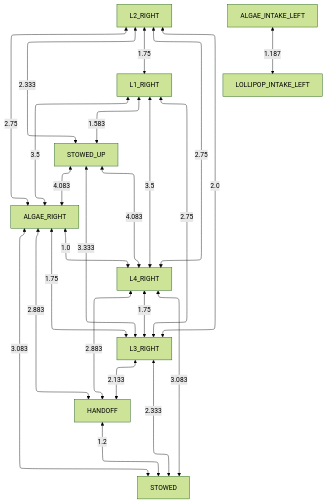
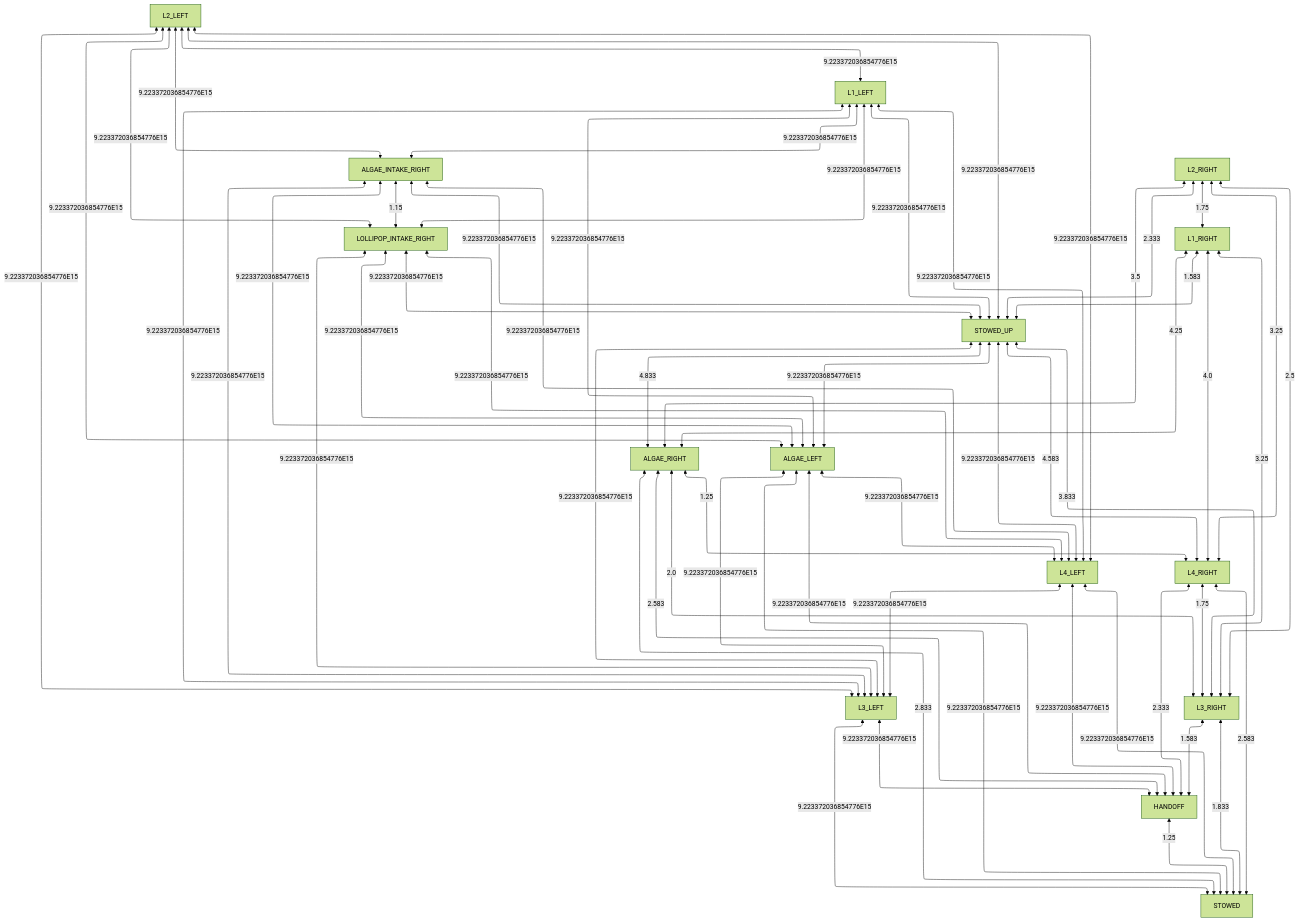
The diagram in docs/collision_avoidance/left_obstructed.md (team581/offseason-2025-comp), drawn with Mermaid (forest theme) before and after one commit. The commit also changed 6 other files, not shown here.

````diff
--- a/docs/collision_avoidance/left_obstructed.md
+++ b/docs/collision_avoidance/left_obstructed.md
@@ -3,28 +3,61 @@
 ```mermaid
 %%{ init: { "flowchart": { "defaultRenderer": "elk" } } }%%
 graph TD
 
-HANDOFF <-- 1.2 --> STOWED
-L3_RIGHT <-- 2.333 --> STOWED
-L4_RIGHT <-- 3.083 --> STOWED
-ALGAE_RIGHT <-- 3.083 --> STOWED
-L3_RIGHT <-- 2.133 --> HANDOFF
-L4_RIGHT <-- 2.883 --> HANDOFF
-ALGAE_RIGHT <-- 2.883 --> HANDOFF
-STOWED_UP <-- 3.333 --> L3_RIGHT
-L1_RIGHT <-- 2.75 --> L3_RIGHT
-L2_RIGHT <-- 2.0 --> L3_RIGHT
+HANDOFF <-- 1.25 --> STOWED
+L3_LEFT <-- 9.223372036854776E15 --> STOWED
+L3_RIGHT <-- 1.833 --> STOWED
+L4_LEFT <-- 9.223372036854776E15 --> STOWED
+L4_RIGHT <-- 2.583 --> STOWED
+ALGAE_RIGHT <-- 2.833 --> STOWED
+ALGAE_LEFT <-- 9.223372036854776E15 --> STOWED
+L3_LEFT <-- 9.223372036854776E15 --> HANDOFF
+L3_RIGHT <-- 1.583 --> HANDOFF
+L4_LEFT <-- 9.223372036854776E15 --> HANDOFF
+L4_RIGHT <-- 2.333 --> HANDOFF
+ALGAE_LEFT <-- 9.223372036854776E15 --> HANDOFF
+ALGAE_RIGHT <-- 2.583 --> HANDOFF
+STOWED_UP <-- 9.223372036854776E15 --> L3_LEFT
+ALGAE_INTAKE_RIGHT <-- 9.223372036854776E15 --> L3_LEFT
+LOLLIPOP_INTAKE_RIGHT <-- 9.223372036854776E15 --> L3_LEFT
+L1_LEFT <-- 9.223372036854776E15 --> L3_LEFT
+L2_LEFT <-- 9.223372036854776E15 --> L3_LEFT
+L4_LEFT <-- 9.223372036854776E15 --> L3_LEFT
+ALGAE_LEFT <-- 9.223372036854776E15 --> L3_LEFT
+STOWED_UP <-- 3.833 --> L3_RIGHT
+L1_RIGHT <-- 3.25 --> L3_RIGHT
+L2_RIGHT <-- 2.5 --> L3_RIGHT
 L4_RIGHT <-- 1.75 --> L3_RIGHT
-ALGAE_RIGHT <-- 1.75 --> L3_RIGHT
-STOWED_UP <-- 4.083 --> L4_RIGHT
-L1_RIGHT <-- 3.5 --> L4_RIGHT
-L2_RIGHT <-- 2.75 --> L4_RIGHT
-ALGAE_RIGHT <-- 1.0 --> L4_RIGHT
-STOWED_UP <-- 4.083 --> ALGAE_RIGHT
-L1_RIGHT <-- 3.5 --> ALGAE_RIGHT
-L2_RIGHT <-- 2.75 --> ALGAE_RIGHT
+ALGAE_RIGHT <-- 2.0 --> L3_RIGHT
+STOWED_UP <-- 9.223372036854776E15 --> L4_LEFT
+ALGAE_INTAKE_RIGHT <-- 9.223372036854776E15 --> L4_LEFT
+LOLLIPOP_INTAKE_RIGHT <-- 9.223372036854776E15 --> L4_LEFT
+L1_LEFT <-- 9.223372036854776E15 --> L4_LEFT
+L2_LEFT <-- 9.223372036854776E15 --> L4_LEFT
+ALGAE_LEFT <-- 9.223372036854776E15 --> L4_LEFT
+STOWED_UP <-- 4.583 --> L4_RIGHT
+L1_RIGHT <-- 4.0 --> L4_RIGHT
+L2_RIGHT <-- 3.25 --> L4_RIGHT
+ALGAE_RIGHT <-- 1.25 --> L4_RIGHT
+STOWED_UP <-- 4.833 --> ALGAE_RIGHT
+L1_RIGHT <-- 4.25 --> ALGAE_RIGHT
+L2_RIGHT <-- 3.5 --> ALGAE_RIGHT
+STOWED_UP <-- 9.223372036854776E15 --> ALGAE_LEFT
+ALGAE_INTAKE_RIGHT <-- 9.223372036854776E15 --> ALGAE_LEFT
+LOLLIPOP_INTAKE_RIGHT <-- 9.223372036854776E15 --> ALGAE_LEFT
+L1_LEFT <-- 9.223372036854776E15 --> ALGAE_LEFT
+L2_LEFT <-- 9.223372036854776E15 --> ALGAE_LEFT
+LOLLIPOP_INTAKE_RIGHT <-- 9.223372036854776E15 --> STOWED_UP
+ALGAE_INTAKE_RIGHT <-- 9.223372036854776E15 --> STOWED_UP
+L1_LEFT <-- 9.223372036854776E15 --> STOWED_UP
+L2_LEFT <-- 9.223372036854776E15 --> STOWED_UP
 L1_RIGHT <-- 1.583 --> STOWED_UP
 L2_RIGHT <-- 2.333 --> STOWED_UP
-ALGAE_INTAKE_LEFT <-- 1.187 --> LOLLIPOP_INTAKE_LEFT
+ALGAE_INTAKE_RIGHT <-- 1.15 --> LOLLIPOP_INTAKE_RIGHT
+L1_LEFT <-- 9.223372036854776E15 --> LOLLIPOP_INTAKE_RIGHT
+L2_LEFT <-- 9.223372036854776E15 --> LOLLIPOP_INTAKE_RIGHT
+L1_LEFT <-- 9.223372036854776E15 --> ALGAE_INTAKE_RIGHT
+L2_LEFT <-- 9.223372036854776E15 --> ALGAE_INTAKE_RIGHT
+L2_LEFT <-- 9.223372036854776E15 --> L1_LEFT
 L2_RIGHT <-- 1.75 --> L1_RIGHT
 ```
````
